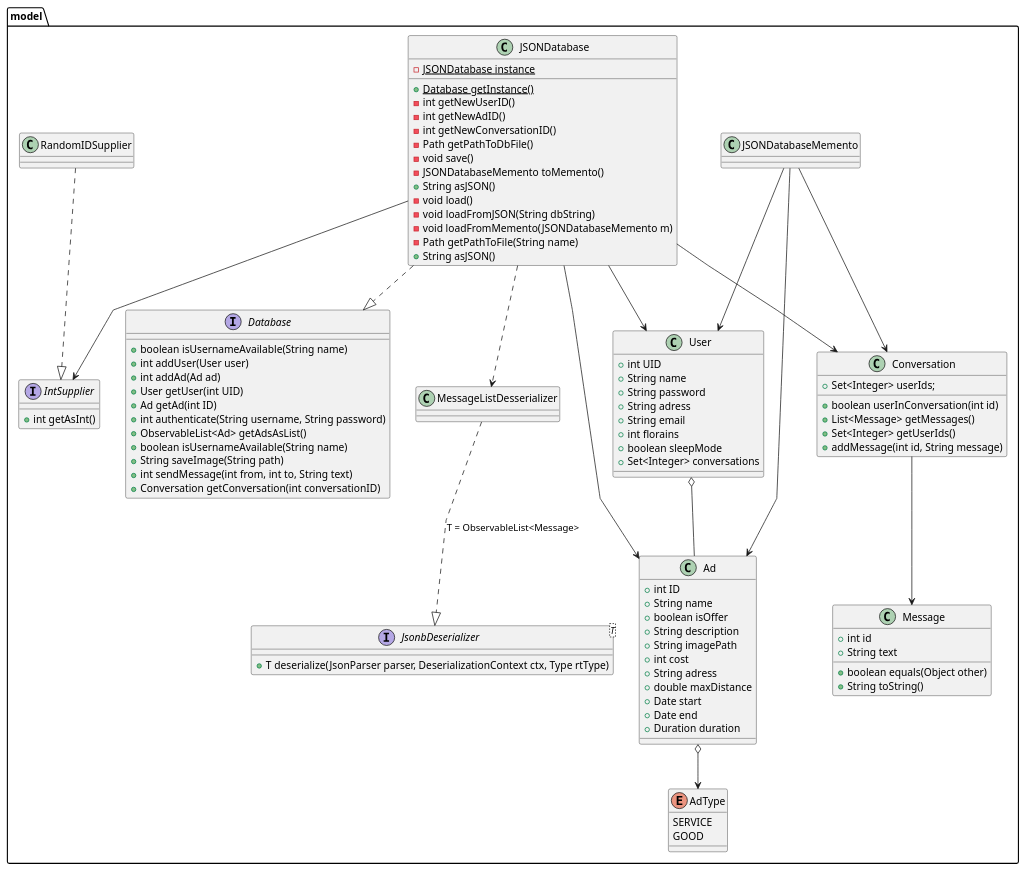
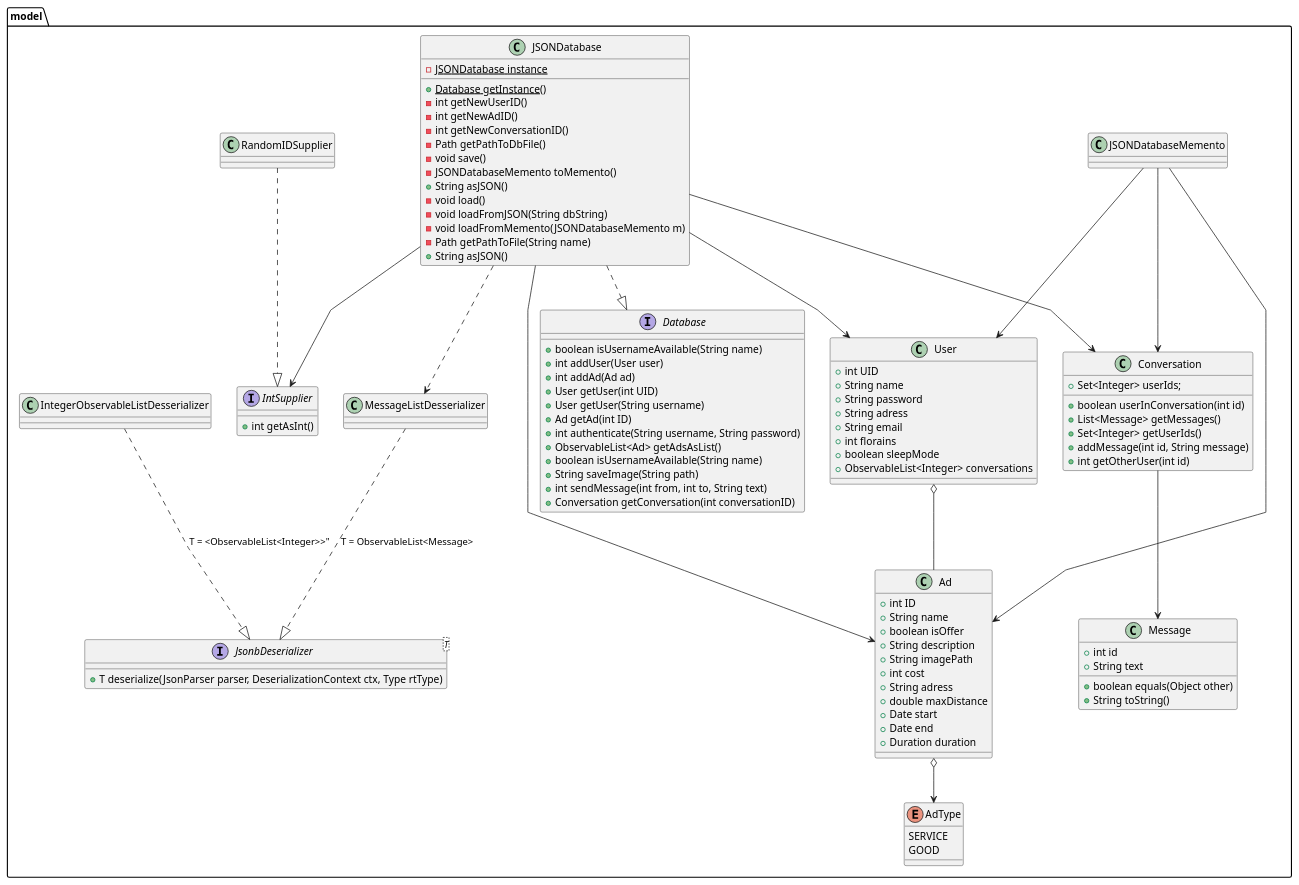
One commit to Nic0Fernandez/Direct_Dealing changed the diagram in diagrams/class.puml. Above: the diagram before and after it, drawn with PlantUML. The commit also changed 11 other files, not shown here.

```diff
--- a/diagrams/class.puml
+++ b/diagrams/class.puml
@@ -1,109 +1,111 @@
 @startuml "class"
 
 skinparam linetype polyline
 package model {
   class User {
     + int UID
     + String name
     + String password
     + String adress
     + String email
     + int florains
     + boolean sleepMode
-    + Set<Integer> conversations
+    + ObservableList<Integer> conversations
   }
 
   User o-- Ad
 
   Enum AdType {
     SERVICE
     GOOD
   }
 
   class Ad {
     + int ID
     + String name
     + boolean isOffer
     + String description
     + String imagePath
     + int cost
     + String adress
     + double maxDistance
     + Date start
     + Date end
     + Duration duration
   }
   Ad o--> AdType
 
   interface Database {
     + boolean isUsernameAvailable(String name)
     + int addUser(User user)
     + int addAd(Ad ad)
     + User getUser(int UID)
+    + User getUser(String username)
     + Ad getAd(int ID)
     + int authenticate(String username, String password)
     + ObservableList<Ad> getAdsAsList()
     + boolean isUsernameAvailable(String name)
     + String saveImage(String path)
     + int sendMessage(int from, int to, String text)
     + Conversation getConversation(int conversationID)
   }
   class JSONDatabase {
     - {static} JSONDatabase instance
     + {static} Database getInstance()
     - int getNewUserID()
     - int getNewAdID()
     - int getNewConversationID()
     - Path getPathToDbFile()
     - void save()
     - JSONDatabaseMemento toMemento()
     + String asJSON()
     - void load()
     - void loadFromJSON(String dbString)
     - void loadFromMemento(JSONDatabaseMemento m)
     - Path getPathToFile(String name)
     + String asJSON()
   }
 
   class Message {
     + int id
     + String text
     + boolean equals(Object other)
     + String toString()
   }
 
   class Conversation {
     + Set<Integer> userIds;
     + boolean userInConversation(int id)
     + List<Message> getMessages()
     + Set<Integer> getUserIds()
     + addMessage(int id, String message)
+    + int getOtherUser(int id)
   }
   Conversation --> Message
 
   JSONDatabase --> IntSupplier
   JSONDatabase ..|> Database
   JSONDatabase --> User
   JSONDatabase --> Ad
   JSONDatabase --> Conversation
   interface IntSupplier {
     + int getAsInt()
   }
 
   JSONDatabaseMemento --> User
   JSONDatabaseMemento --> Ad
   JSONDatabaseMemento --> Conversation
 
   RandomIDSupplier ..|> IntSupplier
 
   JSONDatabase ..> MessageListDesserializer
 
   MessageListDesserializer ..|> JsonbDeserializer : "T = ObservableList<Message>"
-
+  IntegerObservableListDesserializer ..|>   JsonbDeserializer: "T = <ObservableList<Integer>>""
   interface "JsonbDeserializer<T>" as JsonbDeserializer {
     + T deserialize(JsonParser parser, DeserializationContext ctx, Type rtType)
   }
 
 }
 
 @enduml
```
